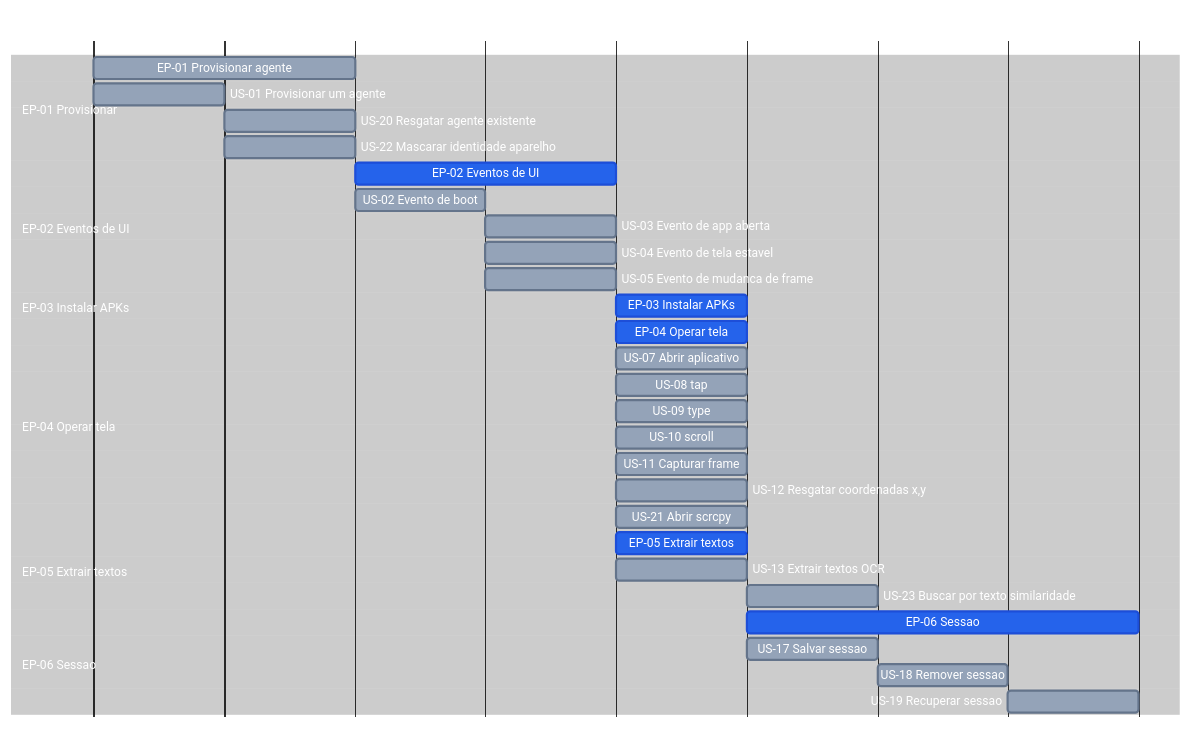
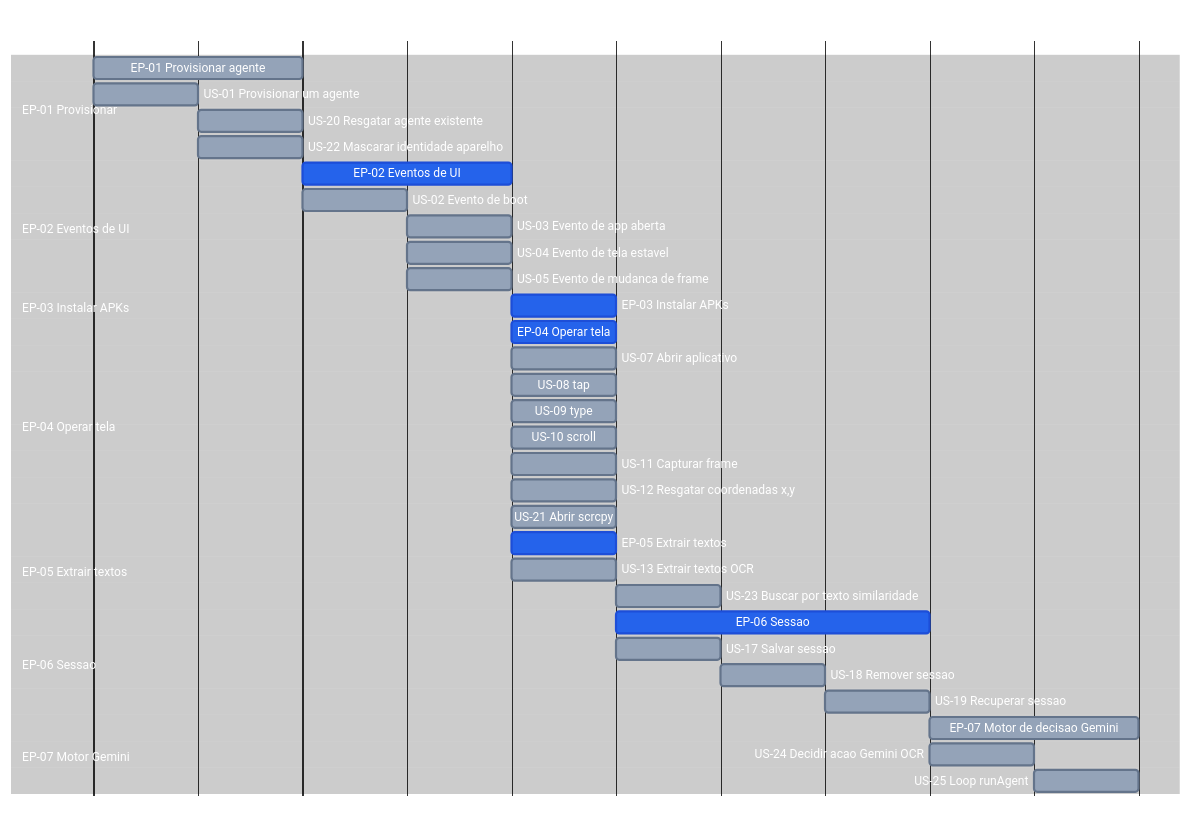
Before and after one commit to laerciogermano/workstation: the diagram in screen-robot/3.roadmap.md, drawn with Mermaid. The commit also changed 25 other files, not shown here.

First line of the commit message:
Adiciona EP-07: motor Gemini OCR → decide → ação no device.

````diff
--- a/screen-robot/3.roadmap.md
+++ b/screen-robot/3.roadmap.md
@@ -12,77 +12,82 @@
 ```mermaid
 ---
 config:
   theme: base
   themeVariables:
     darkMode: true
     background: '#000000'
     primaryTextColor: '#ffffff'
     secondaryTextColor: '#ffffff'
     tertiaryTextColor: '#ffffff'
     textColor: '#ffffff'
     lineColor: '#333333'
     mainBkg: '#000000'
     secondaryColor: '#000000'
     tertiaryColor: '#000000'
     sectionBkgColor: '#000000'
     sectionBkgColor2: '#000000'
     altSectionBkgColor: '#000000'
     gridColor: '#222222'
     excludeBkgColor: '#000000'
     todayLineColor: '#444444'
     doneTaskBkgColor: '#2563eb'
     doneTaskBorderColor: '#1d4ed8'
     taskBkgColor: '#94a3b8'
     taskBorderColor: '#64748b'
     taskTextColor: '#ffffff'
     taskTextDarkColor: '#ffffff'
     taskTextLightColor: '#ffffff'
     taskTextOutsideColor: '#ffffff'
     critBkgColor: '#2563eb'
     critBorderColor: '#1d4ed8'
     activeTaskBkgColor: '#94a3b8'
     activeTaskBorderColor: '#64748b'
 ---
 gantt
   title screen-robot EP / US
   dateFormat X
   axisFormat %s
 
   section EP-01 Provisionar
   EP-01 Provisionar agente              :ep01, 0, 30m
   US-01 Provisionar um agente           :us01, 0, 15m
   US-20 Resgatar agente existente       :us20, after us01, 15m
   US-22 Mascarar identidade aparelho    :us22, after us01, 15m
 
   section EP-02 Eventos de UI
   EP-02 Eventos de UI                   :done, ep02, after ep01, 30m
   US-02 Evento de boot                  :us02, after ep01, 15m
   US-03 Evento de app aberta            :us03, after us02, 15m
   US-04 Evento de tela estavel          :us04, after us02, 15m
   US-05 Evento de mudanca de frame      :us05, after us02, 15m
 
 
   section EP-03 Instalar APKs
   EP-03 Instalar APKs                   :done, ep03, after us05, 15m
 
   section EP-04 Operar tela
   EP-04 Operar tela                     :done, ep04, after us05, 15m
   US-07 Abrir aplicativo                :us07, after us05, 15m
   US-08 tap                             :us08, after us05, 15m
   US-09 type                            :us09, after us05, 15m
   US-10 scroll                          :us10, after us05, 15m
   US-11 Capturar frame                  :us11, after us05, 15m
   US-12 Resgatar coordenadas x,y        :us12, after us05, 15m
   US-21 Abrir scrcpy                    :us21, after us05, 15m
 
   section EP-05 Extrair textos
   EP-05 Extrair textos                  :done, ep05, after us05, 15m
   US-13 Extrair textos OCR              :us13, after us05, 15m
   US-23 Buscar por texto similaridade   :us23, after us13, 15m
 
   section EP-06 Sessao
   EP-06 Sessao                          :done, ep06, after ep05, 45m
   US-17 Salvar sessao                   :us17, after ep05, 15m
   US-18 Remover sessao                  :us18, after us17, 15m
   US-19 Recuperar sessao                :us19, after us18, 15m
+
+  section EP-07 Motor Gemini
+  EP-07 Motor de decisao Gemini         :ep07, after ep06, 30m
+  US-24 Decidir acao Gemini OCR         :us24, after ep06, 15m
+  US-25 Loop runAgent                   :us25, after us24, 15m
 ```
````
